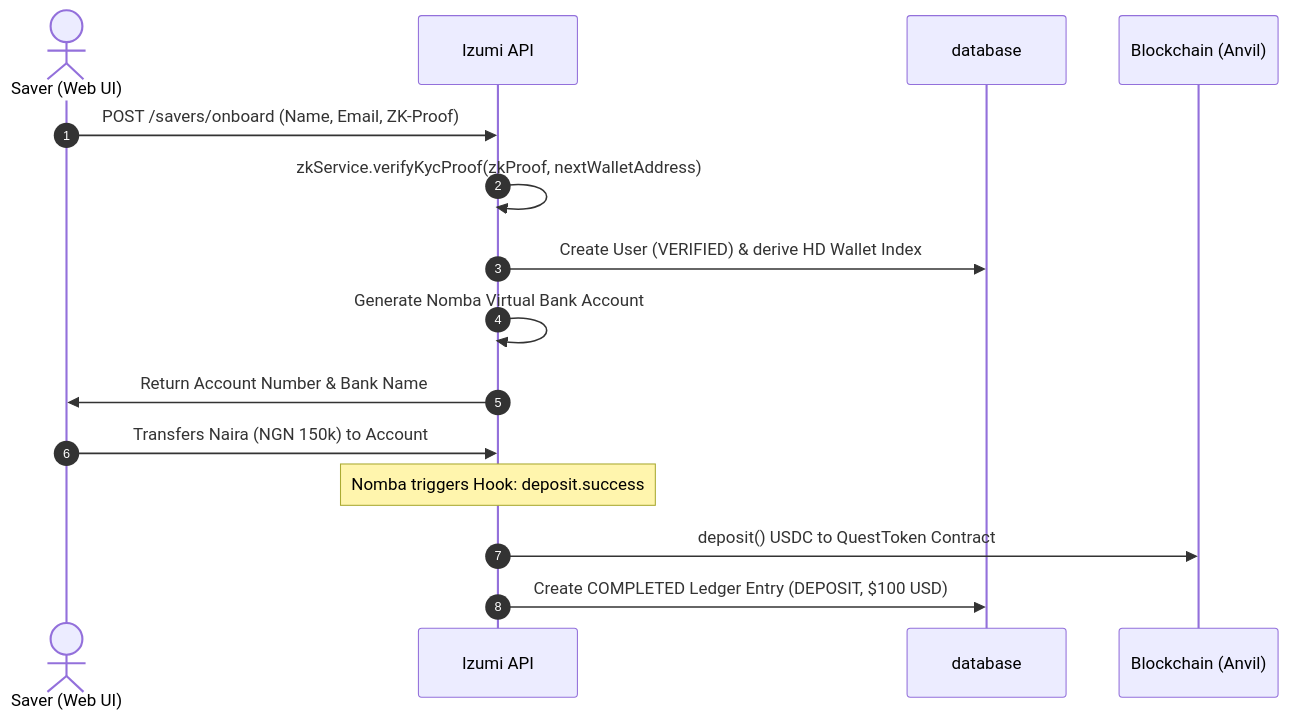
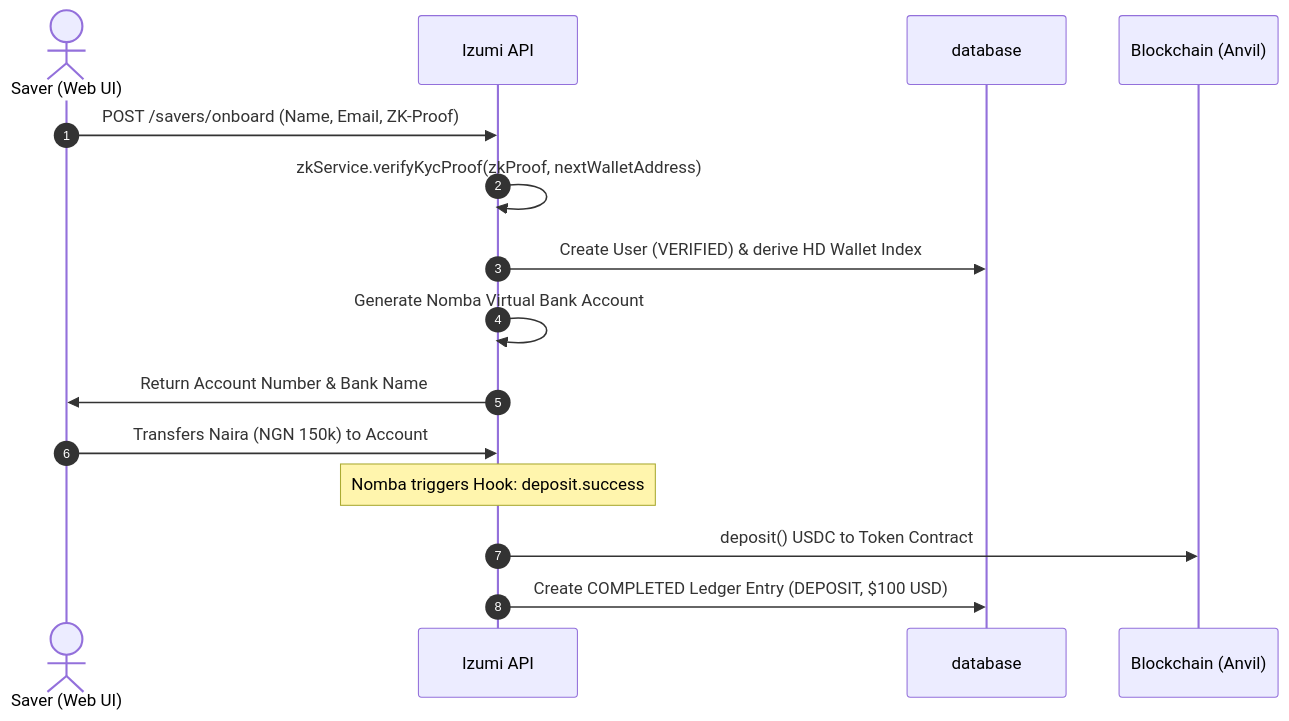
One commit to Dubjay18/IZUMI changed the first of 3 diagrams in DEVELOPER_HANDBOOK.md. Above: the diagram before and after it, drawn with Mermaid. The commit also changed other lines of this file, not shown here.

````diff
--- a/DEVELOPER_HANDBOOK.md
+++ b/DEVELOPER_HANDBOOK.md
@@ -129,18 +129,18 @@
 ```mermaid
 sequenceDiagram
     autonumber
     actor Saver as Saver (Web UI)
     participant API as Izumi API
     participant DB as database
     participant Web3 as Blockchain (Anvil)
     
     Saver->>API: POST /savers/onboard (Name, Email, ZK-Proof)
     API->>API: zkService.verifyKycProof(zkProof, nextWalletAddress)
     API->>DB: Create User (VERIFIED) & derive HD Wallet Index
     API->>API: Generate Nomba Virtual Bank Account
     API->>Saver: Return Account Number & Bank Name
     Saver->>API: Transfers Naira (NGN 150k) to Account
     Note over API: Nomba triggers Hook: deposit.success
-    API->>Web3: deposit() USDC to QuestToken Contract
+    API->>Web3: deposit() USDC to Token Contract
     API->>DB: Create COMPLETED Ledger Entry (DEPOSIT, $100 USD)
 ```
````
